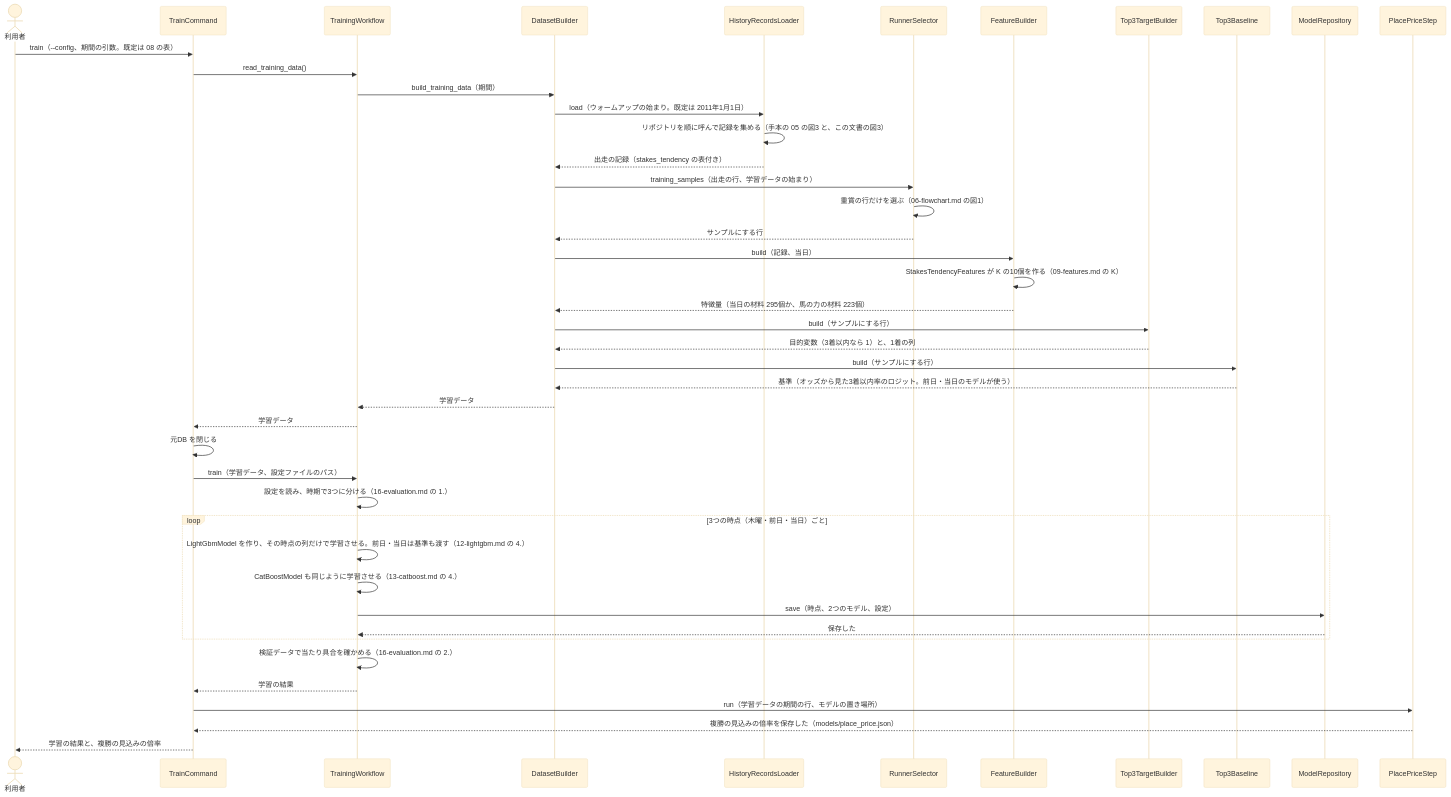
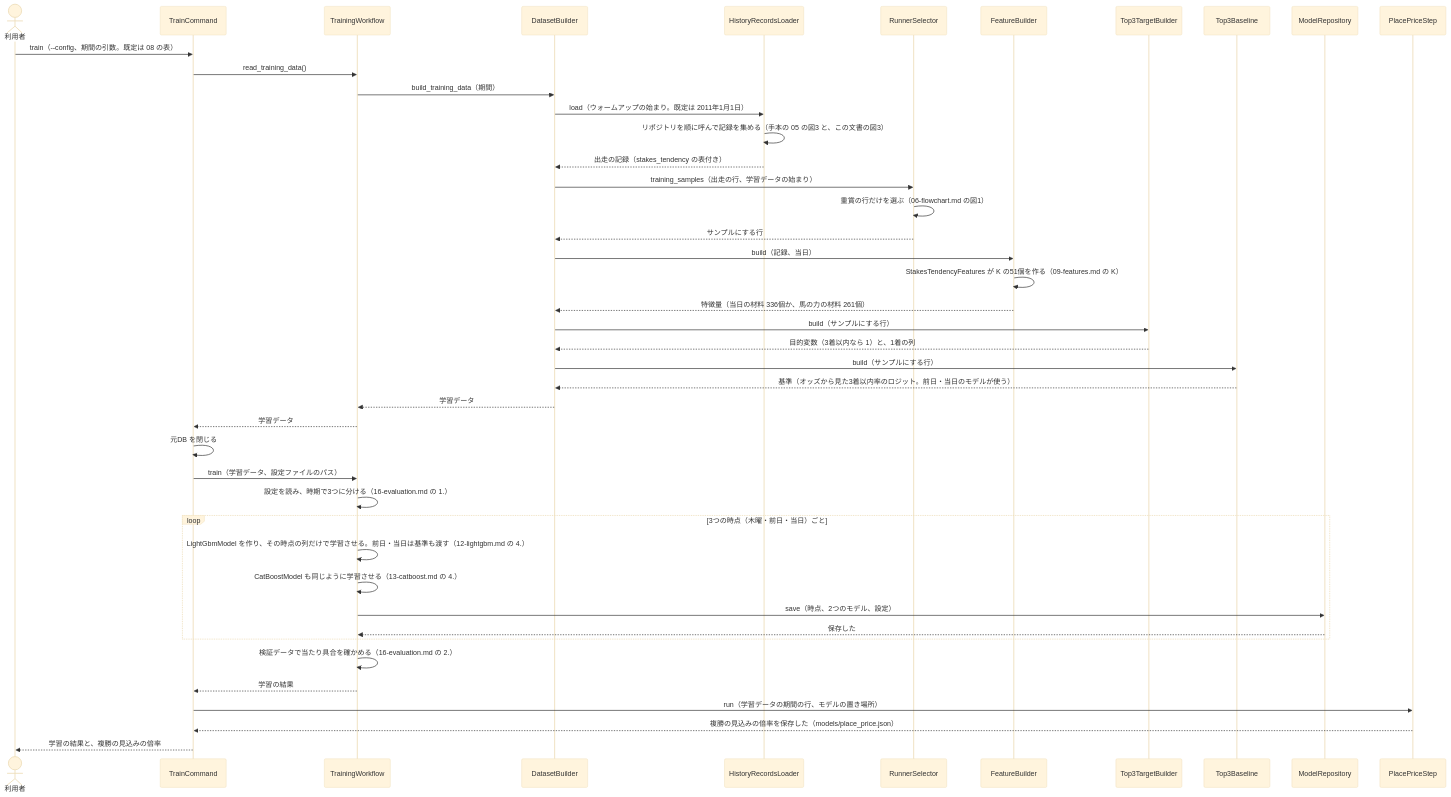
One commit to ht-0328/keiba-yosou changed the first of 3 diagrams in docs/design/重賞の傾向と近走から3着以内を予想/05-sequence.md. Above: the diagram before and after it, drawn with Mermaid (base theme). The commit also changed other lines of this file and 49 other files, not shown here.

First line of the commit message:
feat(stakes_tendency_top3): 重賞の傾向 K を、その重賞の過去の開催で自分と同じ条件だった馬の成績に作り直す (#87)

````diff
--- a/docs/design/重賞の傾向と近走から3着以内を予想/05-sequence.md
+++ b/docs/design/重賞の傾向と近走から3着以内を予想/05-sequence.md
@@ -13,46 +13,46 @@
 ```mermaid
 sequenceDiagram
     actor U as 利用者
     participant C as TrainCommand
     participant W as TrainingWorkflow
     participant D as DatasetBuilder
     participant L as HistoryRecordsLoader
     participant RS as RunnerSelector
     participant F as FeatureBuilder
     participant T as Top3TargetBuilder
     participant B as Top3Baseline
     participant MR as ModelRepository
     participant PP as PlacePriceStep
     U->>C: train（--config、期間の引数。既定は 08 の表）
     C->>W: read_training_data()
     W->>D: build_training_data（期間）
     D->>L: load（ウォームアップの始まり。既定は 2011年1月1日）
     L->>L: リポジトリを順に呼んで記録を集める（手本の 05 の図3 と、この文書の図3）
     L-->>D: 出走の記録（stakes_tendency の表付き）
     D->>RS: training_samples（出走の行、学習データの始まり）
     RS->>RS: 重賞の行だけを選ぶ（06-flowchart.md の図1）
     RS-->>D: サンプルにする行
     D->>F: build（記録、当日）
-    F->>F: StakesTendencyFeatures が K の10個を作る（09-features.md の K）
-    F-->>D: 特徴量（当日の材料 295個か、馬の力の材料 223個）
+    F->>F: StakesTendencyFeatures が K の51個を作る（09-features.md の K）
+    F-->>D: 特徴量（当日の材料 336個か、馬の力の材料 261個）
     D->>T: build（サンプルにする行）
     T-->>D: 目的変数（3着以内なら 1）と、1着の列
     D->>B: build（サンプルにする行）
     B-->>D: 基準（オッズから見た3着以内率のロジット。前日・当日のモデルが使う）
     D-->>W: 学習データ
     W-->>C: 学習データ
     C->>C: 元DB を閉じる
     C->>W: train（学習データ、設定ファイルのパス）
     W->>W: 設定を読み、時期で3つに分ける（16-evaluation.md の 1.）
     loop 3つの時点（木曜・前日・当日）ごと
         W->>W: LightGbmModel を作り、その時点の列だけで学習させる。前日・当日は基準も渡す（12-lightgbm.md の 4.）
         W->>W: CatBoostModel も同じように学習させる（13-catboost.md の 4.）
         W->>MR: save（時点、2つのモデル、設定）
         MR-->>W: 保存した
     end
     W->>W: 検証データで当たり具合を確かめる（16-evaluation.md の 2.）
     W-->>C: 学習の結果
     C->>PP: run（学習データの期間の行、モデルの置き場所）
     PP-->>C: 複勝の見込みの倍率を保存した（models/place_price.json）
     C-->>U: 学習の結果と、複勝の見込みの倍率
 ```
````
